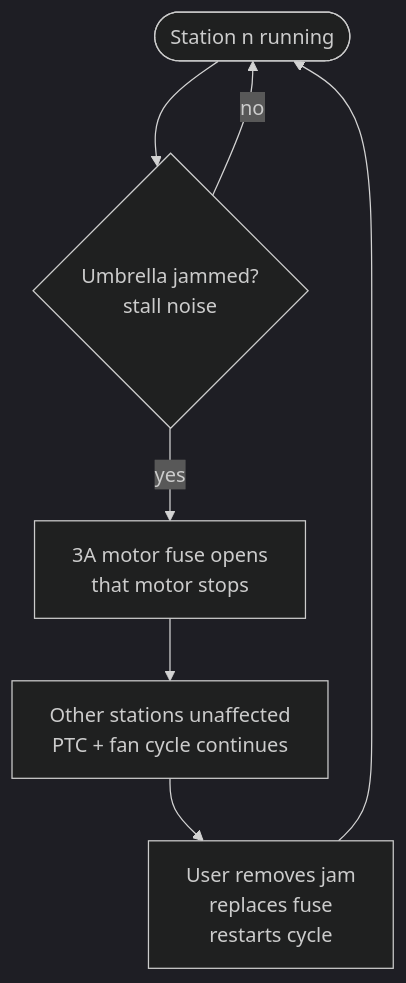
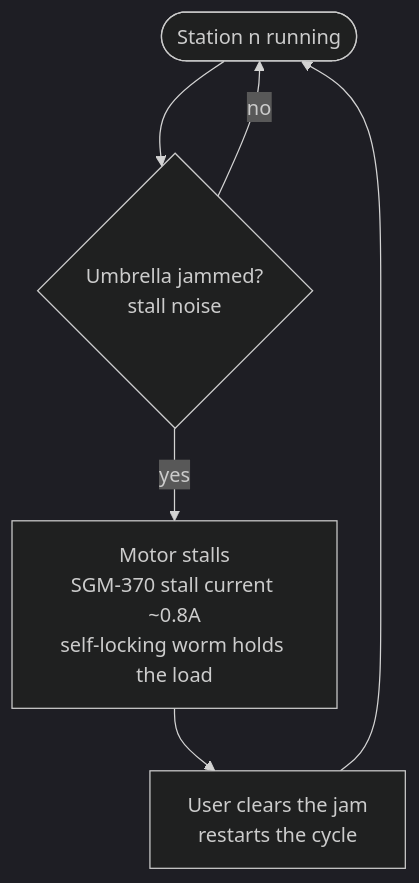
Before and after one commit to qppd/umbrella-dryer-v2: the third of 4 diagrams in docs/FLOWCHART.md, drawn with Mermaid (dark theme). The commit also changed other lines of this file and 11 other files, not shown here.

````diff
--- a/docs/FLOWCHART.md
+++ b/docs/FLOWCHART.md
@@ -68,9 +67,8 @@
 ```mermaid
 flowchart TD
     RUN(["Station n running"]) --> JAM{Umbrella jammed?<br/>stall noise}
-    JAM -- yes --> FUSE["3A motor fuse opens<br/>that motor stops"]
-    FUSE --> ISO["Other stations unaffected<br/>PTC + fan cycle continues"]
-    ISO --> USER["User removes jam<br/>replaces fuse<br/>restarts cycle"]
+    JAM -- yes --> STALL["Motor stalls<br/>SGM-370 stall current ~0.8A<br/>self-locking worm holds the load"]
+    STALL --> USER["User clears the jam<br/>restarts the cycle"]
     USER --> RUN
     JAM -- no --> RUN
 ```
````
